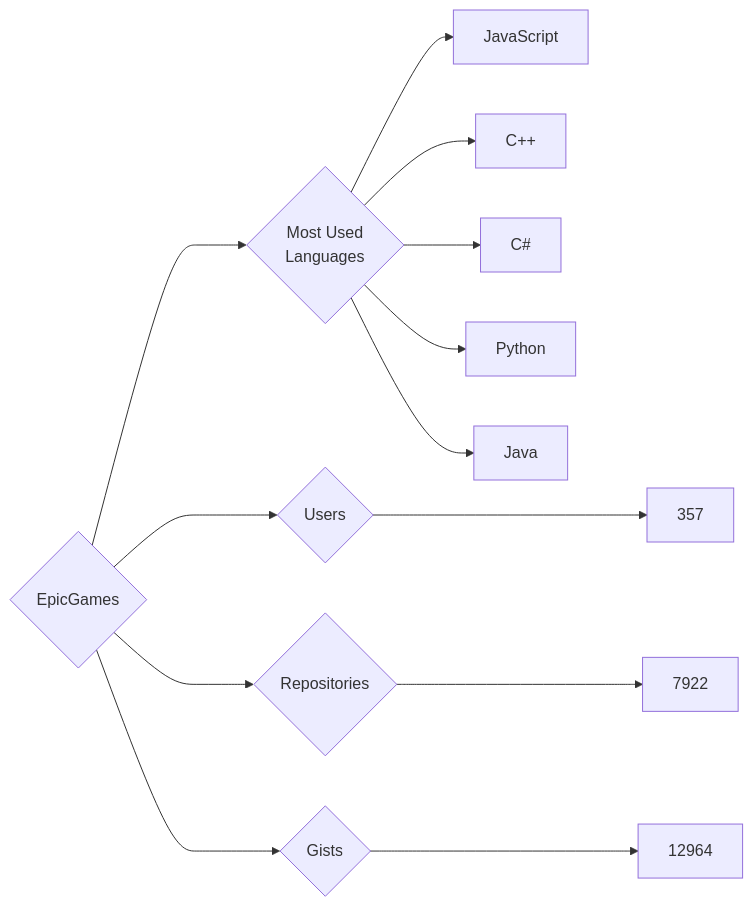
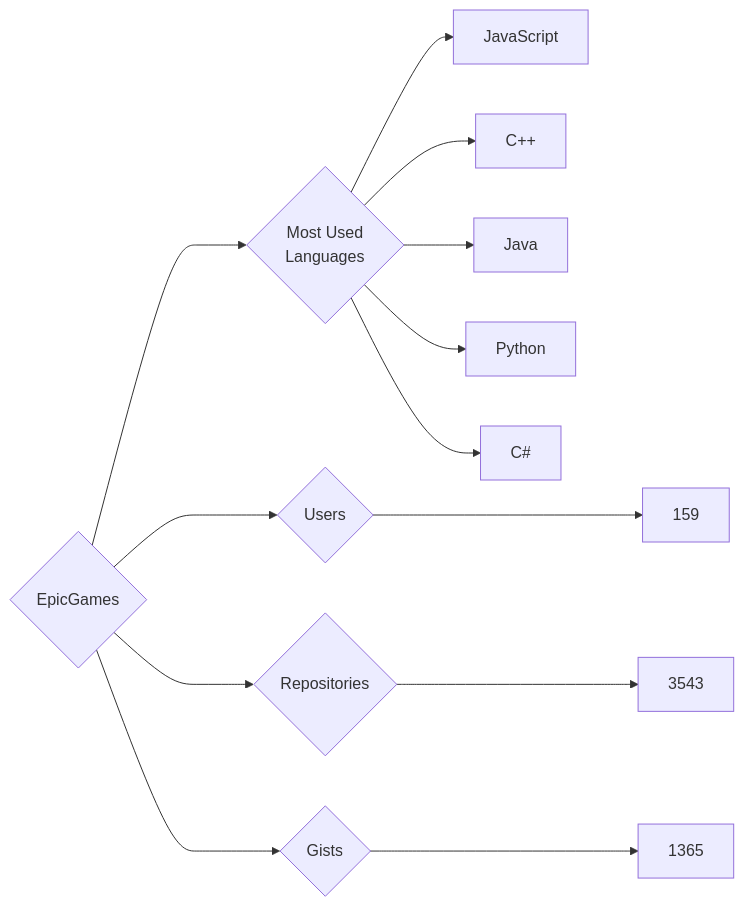
The diagram in targets/EpicGames/README.md (trickest/insiders), drawn with Mermaid before and after one commit. The commit also changed 765 other files, not shown here.

````diff
--- a/targets/EpicGames/README.md
+++ b/targets/EpicGames/README.md
@@ -3,13 +3,13 @@
 ```mermaid
 graph LR
 COMPANY_NAME{EpicGames}
-COMPANY_NAME ---> U{Users} ---> UN[357]
-COMPANY_NAME ---> R{Repositories} ---> RN[7922]
-COMPANY_NAME ---> G{Gists} ---> GN[12964]
+COMPANY_NAME ---> U{Users} ---> UN[159]
+COMPANY_NAME ---> R{Repositories} ---> RN[3543]
+COMPANY_NAME ---> G{Gists} ---> GN[1365]
 COMPANY_NAME ---> ML{Most Used<br>Languages}
 ML --> JavaScript[JavaScript]
 ML --> C++[C++]
+ML --> Java[Java]
+ML --> Python[Python]
 ML --> C#[C#]
-ML --> Python[Python]
-ML --> Java[Java]
 ```
````
